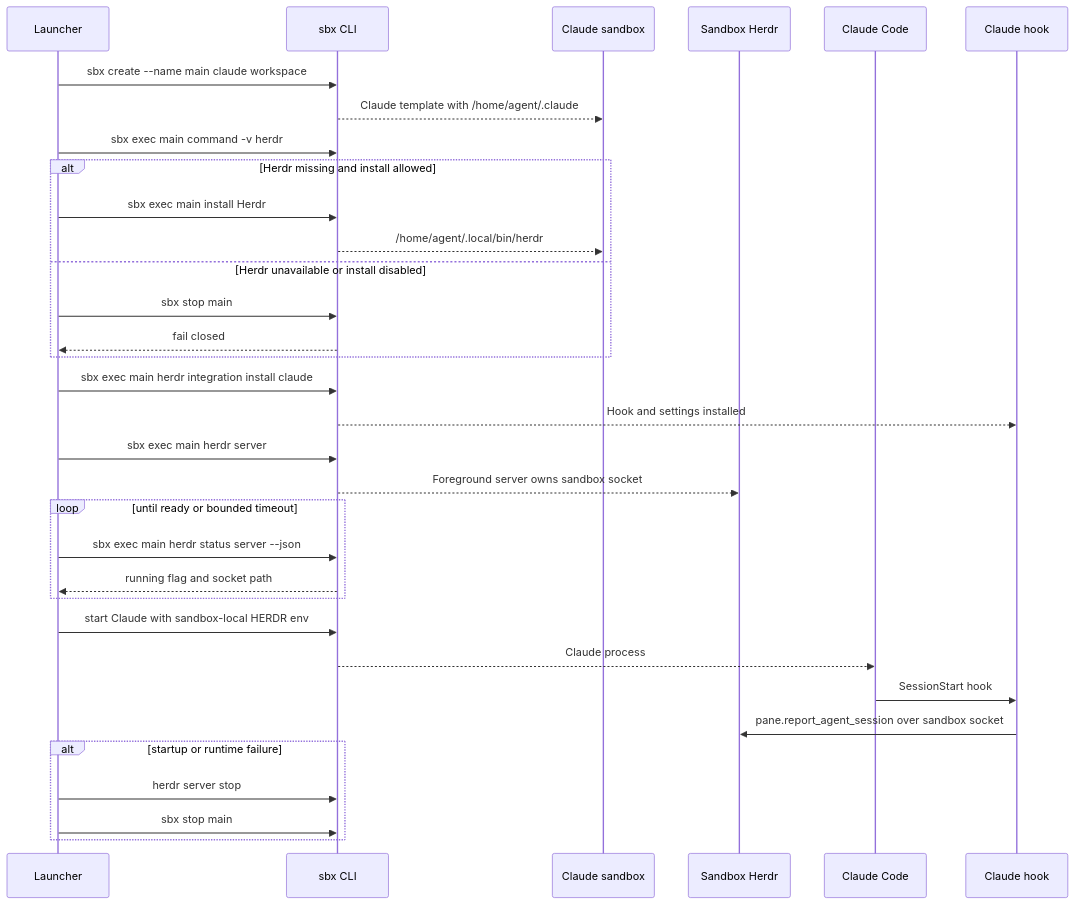
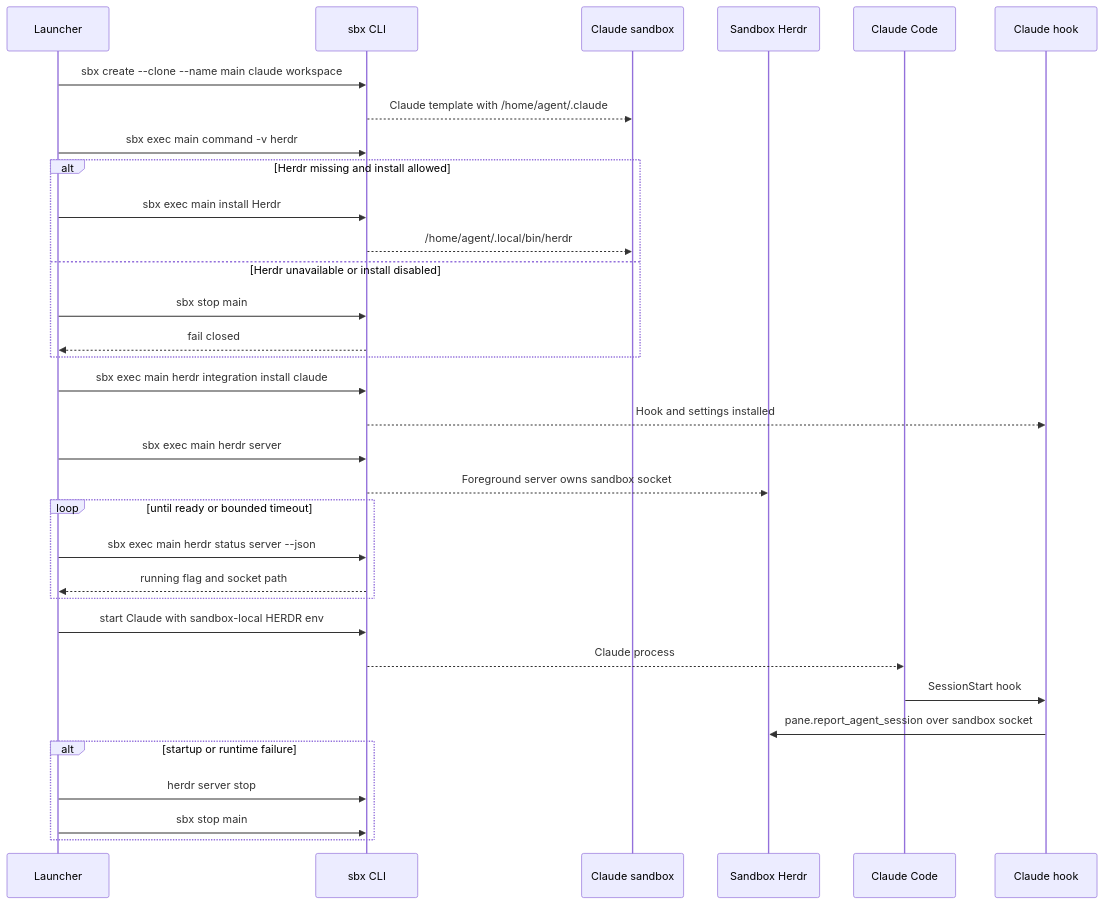
One commit to liu-qingyuan/safe-claude-sbx changed the second of 6 diagrams in docs/docker-sandbox-backend.md. Above: the diagram before and after it, drawn with Mermaid. The commit also changed other lines of this file and 12 other files, not shown here.

````diff
--- a/docs/docker-sandbox-backend.md
+++ b/docs/docker-sandbox-backend.md
@@ -552,36 +557,36 @@
 ```mermaid
 sequenceDiagram
     participant L as Launcher
     participant S as sbx CLI
     participant X as Claude sandbox
     participant H as Sandbox Herdr
     participant C as Claude Code
     participant K as Claude hook
 
-    L->>S: sbx create --name main claude workspace
+    L->>S: sbx create --clone --name main claude workspace
     S-->>X: Claude template with /home/agent/.claude
     L->>S: sbx exec main command -v herdr
     alt Herdr missing and install allowed
         L->>S: sbx exec main install Herdr
         S-->>X: /home/agent/.local/bin/herdr
     else Herdr unavailable or install disabled
         L->>S: sbx stop main
         S-->>L: fail closed
     end
     L->>S: sbx exec main herdr integration install claude
     S-->>K: Hook and settings installed
     L->>S: sbx exec main herdr server
     S-->>H: Foreground server owns sandbox socket
     loop until ready or bounded timeout
         L->>S: sbx exec main herdr status server --json
         S-->>L: running flag and socket path
     end
     L->>S: start Claude with sandbox-local HERDR env
     S-->>C: Claude process
     C->>K: SessionStart hook
     K->>H: pane.report_agent_session over sandbox socket
     alt startup or runtime failure
         L->>S: herdr server stop
         L->>S: sbx stop main
     end
 ```
````
